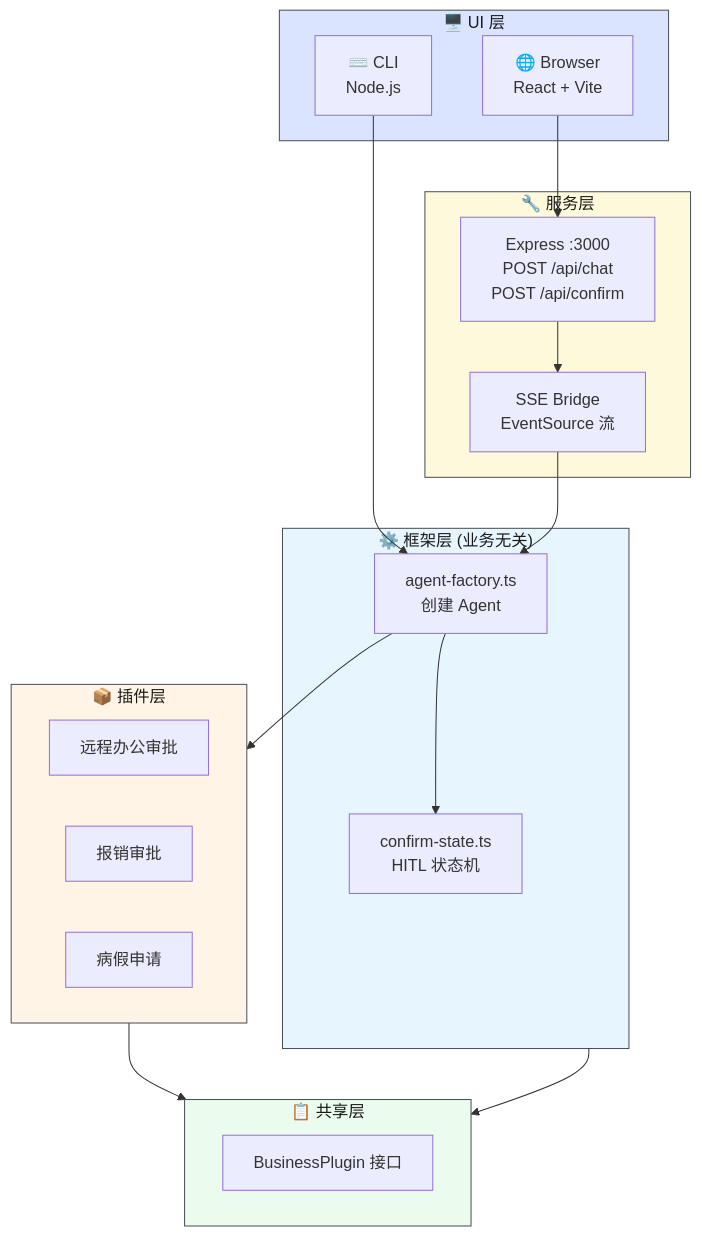
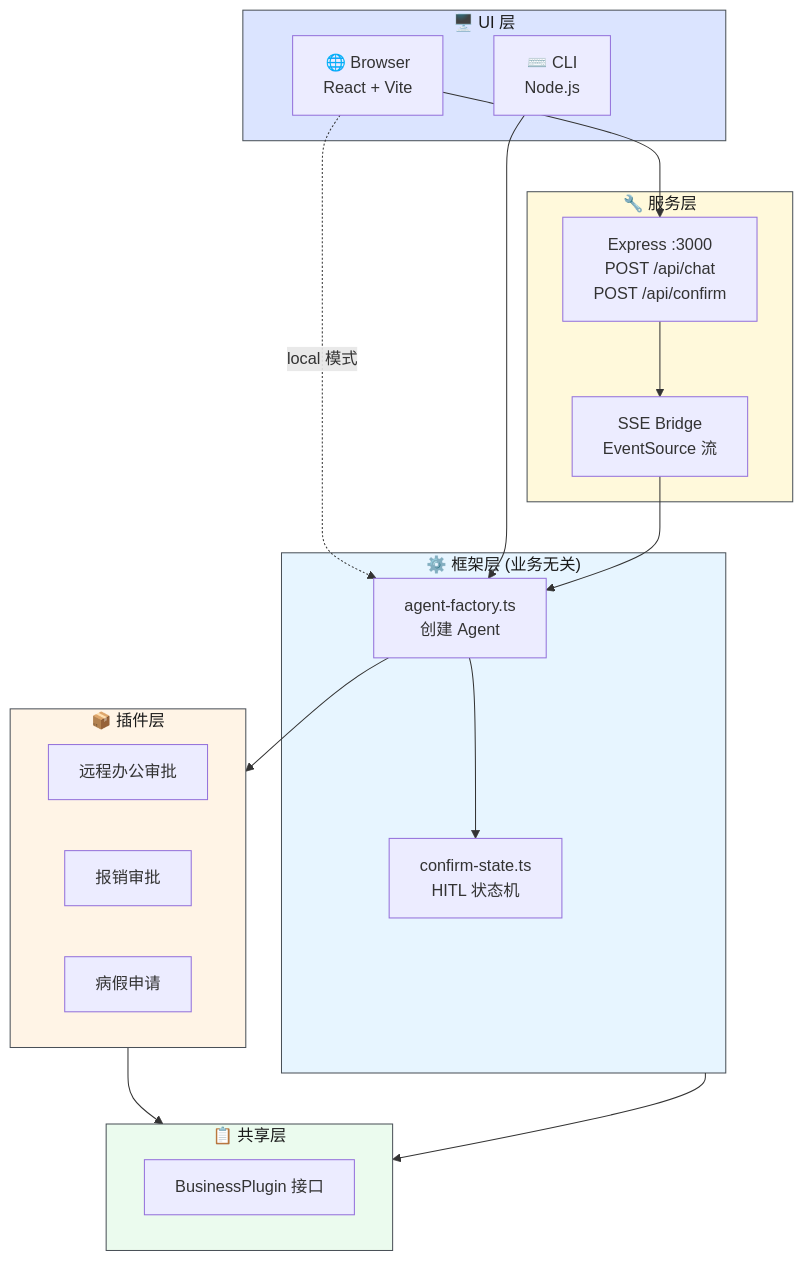
Before and after one commit to yjzaaa/leave-approval-agent: the first of 7 diagrams in CLAUDE.md, drawn with Mermaid. The commit also changed other lines of this file and 8 other files, not shown here.

````diff
--- a/CLAUDE.md
+++ b/CLAUDE.md
@@ -19,42 +19,43 @@
 ```mermaid
 graph TB
     subgraph UI["🖥️ UI 层"]
         Browser["🌐 Browser<br/>React + Vite"]
         CLI["⌨️ CLI<br/>Node.js"]
     end
 
     subgraph Server["🔧 服务层"]
         API["Express :3000<br/>POST /api/chat<br/>POST /api/confirm"]
         SSE["SSE Bridge<br/>EventSource 流"]
     end
 
     subgraph Agent["⚙️ 框架层 (业务无关)"]
         Factory["agent-factory.ts<br/>创建 Agent"]
         Confirm["confirm-state.ts<br/>HITL 状态机"]
     end
 
     subgraph Plugins["📦 插件层"]
         Leave["远程办公审批"]
         Expense["报销审批"]
         Sick["病假申请"]
     end
 
     subgraph Shared["📋 共享层"]
         Interface["BusinessPlugin 接口"]
     end
 
     Browser --> API
+    Browser -.->|"local 模式"| Factory
     CLI --> Factory
     API --> SSE
     SSE --> Factory
     Factory --> Confirm
     Factory --> Plugins
     Plugins --> Shared
     Agent --> Shared
 
     style UI fill:#dbe4ff,stroke:#495057,color:#1a1a1a
     style Server fill:#fff9db,stroke:#495057,color:#1a1a1a
     style Agent fill:#e7f5ff,stroke:#495057,color:#1a1a1a
     style Plugins fill:#fff4e6,stroke:#495057,color:#1a1a1a
     style Shared fill:#ebfbee,stroke:#495057,color:#1a1a1a
 ```
````
